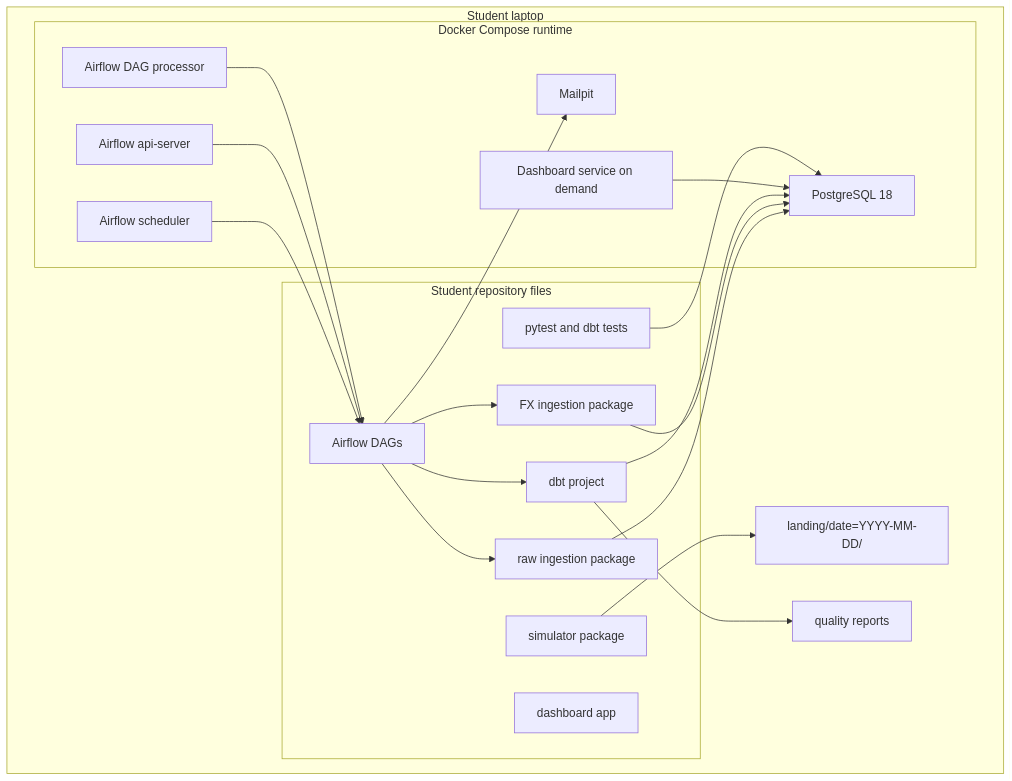
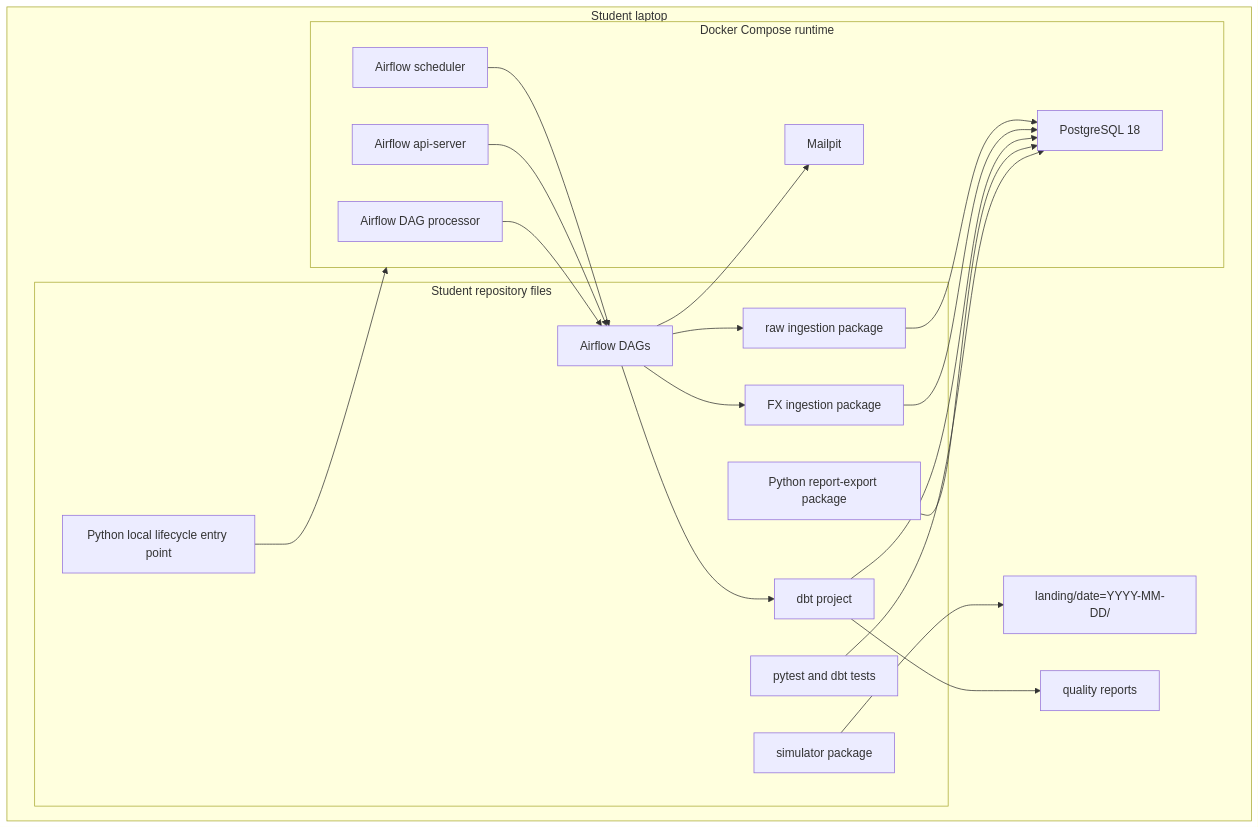
The second of 7 diagrams in docs/05-system-architecture.md (sukurcf/spec-shopsight-sales-pipeline), drawn with Mermaid before and after one commit. The commit also changed other lines of this file and 14 other files, not shown here.

````diff
--- a/docs/05-system-architecture.md
+++ b/docs/05-system-architecture.md
@@ -26,38 +27,39 @@
 ```mermaid
 flowchart TB
     subgraph Laptop["Student laptop"]
         subgraph Files["Student repository files"]
             Sim["simulator package"]
             Ingest["raw ingestion package"]
             FxClient["FX ingestion package"]
             Dbt["dbt project"]
             Dag["Airflow DAGs"]
-            Dash["dashboard app"]
+            ReportCLI["Python report-export package"]
+            Local["Python local lifecycle entry point"]
             Tests["pytest and dbt tests"]
         end
         subgraph Runtime["Docker Compose runtime"]
             AirflowApi["Airflow api-server"]
             AirflowScheduler["Airflow scheduler"]
             AirflowDagProcessor["Airflow DAG processor"]
             Postgres["PostgreSQL 18"]
             Mailpit["Mailpit"]
-            DashboardSvc["Dashboard service on demand"]
         end
         Landing["landing/date=YYYY-MM-DD/"]
         Reports["quality reports"]
     end
     Sim --> Landing
     AirflowScheduler --> Dag
     AirflowApi --> Dag
     AirflowDagProcessor --> Dag
     Dag --> Ingest
     Dag --> FxClient
     Dag --> Dbt
     Ingest --> Postgres
     FxClient --> Postgres
     Dbt --> Postgres
     Dbt --> Reports
     Dag --> Mailpit
-    DashboardSvc --> Postgres
+    ReportCLI --> Postgres
+    Local --> Runtime
     Tests --> Postgres
 ```
````
